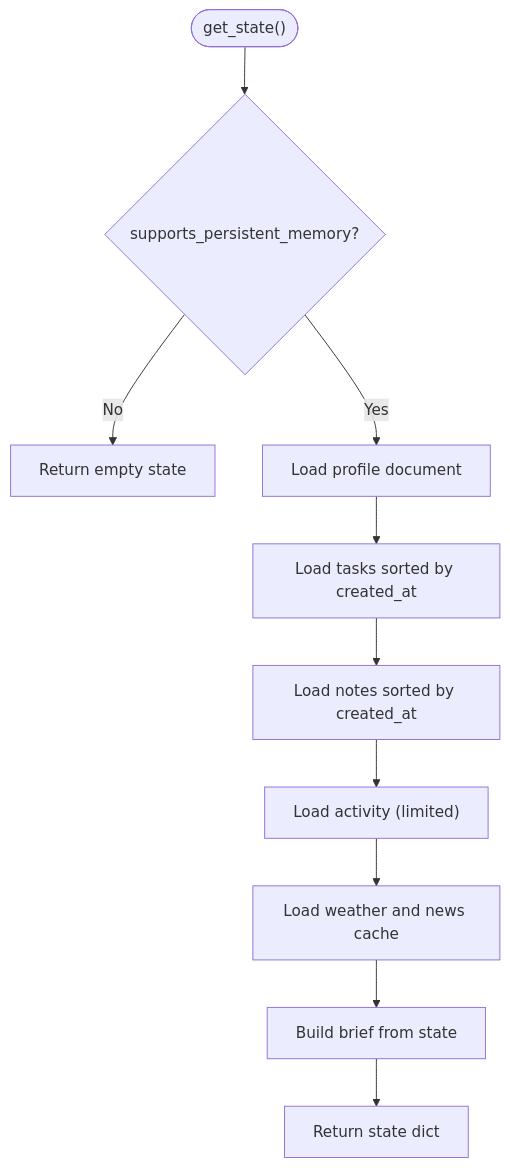
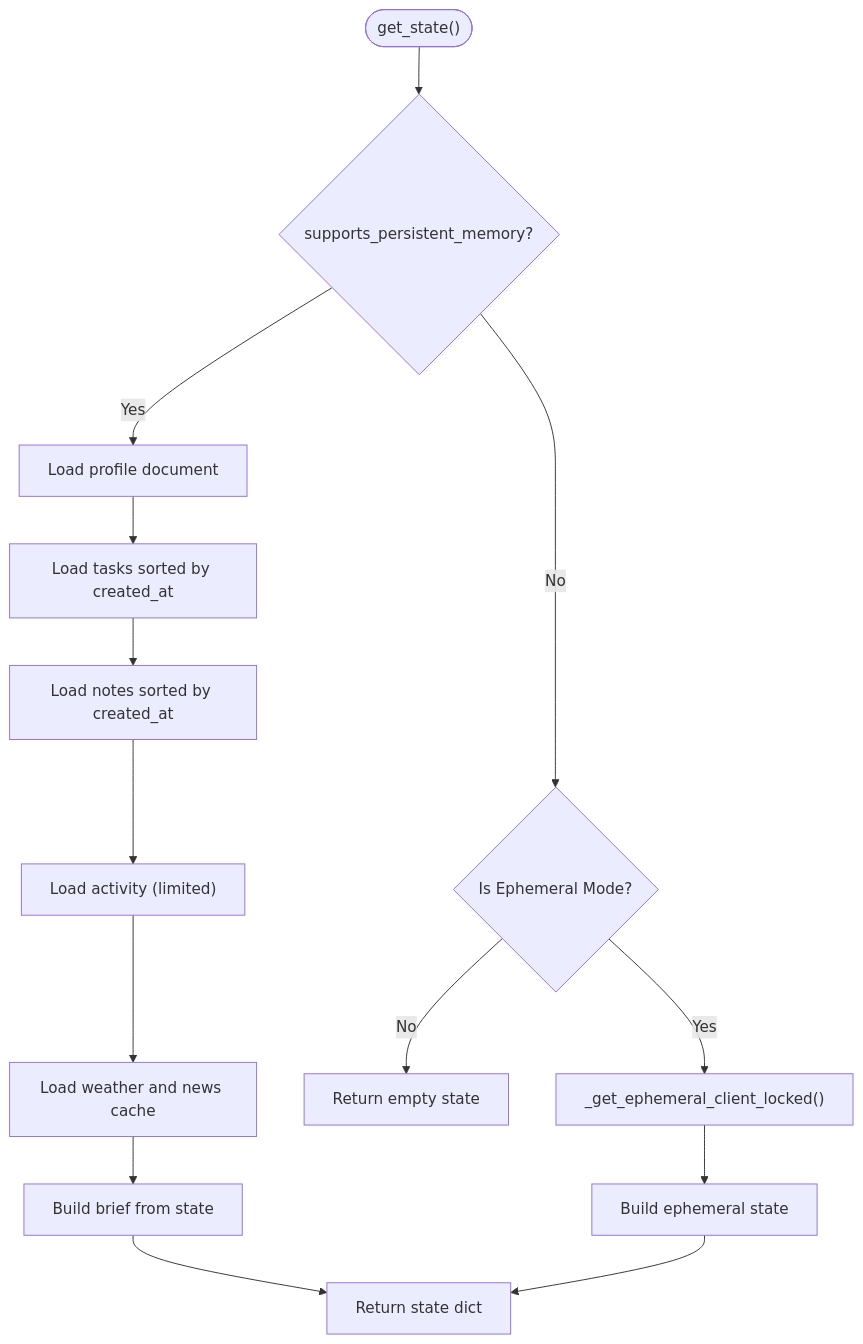
The fifth of 11 diagrams in .qoder/repowiki/en/content/Backend Components/AI Assistant Engine/Memory Integration and Data Persistence.md (Sovetsky-Soyuz/AI-Assistant), drawn with Mermaid before and after one commit. The commit also changed other lines of this file and 15 other files, not shown here.

````diff
--- a/.qoder/repowiki/en/content/Backend Components/AI Assistant Engine/Memory Integration and Data Persistence.md
+++ b/.qoder/repowiki/en/content/Backend Components/AI Assistant Engine/Memory Integration and Data Persistence.md
@@ -241,12 +300,16 @@
 ```mermaid
 flowchart TD
 Start(["get_state()"]) --> CheckMode{"supports_persistent_memory?"}
-CheckMode --> |No| ReturnEmpty["Return empty state"]
+CheckMode --> |No| CheckClient{"Is Ephemeral Mode?"}
+CheckClient --> |Yes| GetEphemeral["_get_ephemeral_client_locked()"]
+CheckClient --> |No| ReturnEmpty["Return empty state"]
 CheckMode --> |Yes| LoadProfile["Load profile document"]
 LoadProfile --> LoadTasks["Load tasks sorted by created_at"]
 LoadTasks --> LoadNotes["Load notes sorted by created_at"]
 LoadNotes --> LoadActivity["Load activity (limited)"]
 LoadActivity --> LoadCache["Load weather and news cache"]
 LoadCache --> BuildBrief["Build brief from state"]
 BuildBrief --> ReturnState["Return state dict"]
+GetEphemeral --> BuildEphemeral["Build ephemeral state"]
+BuildEphemeral --> ReturnState
 ```
````
